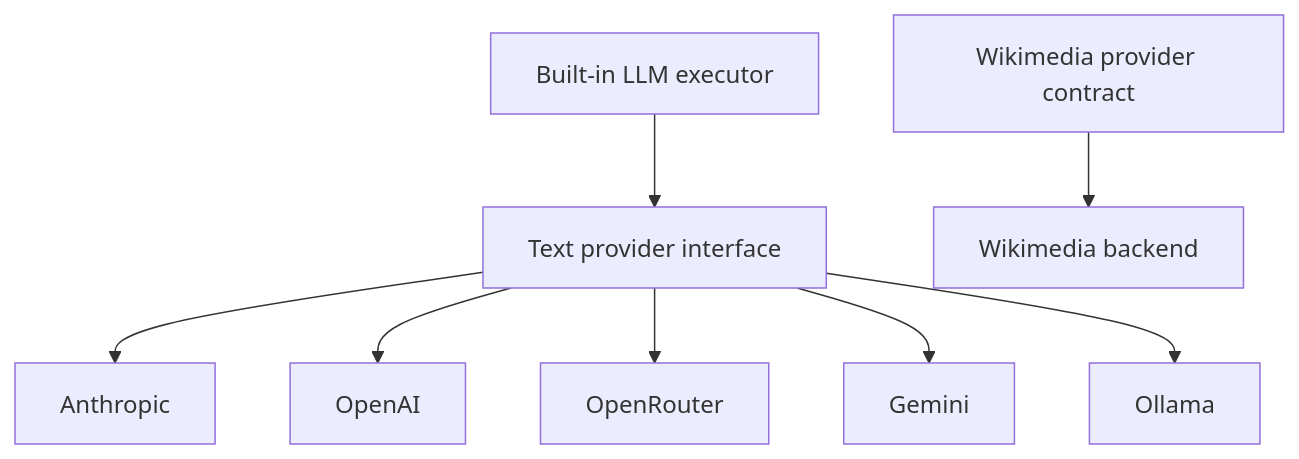
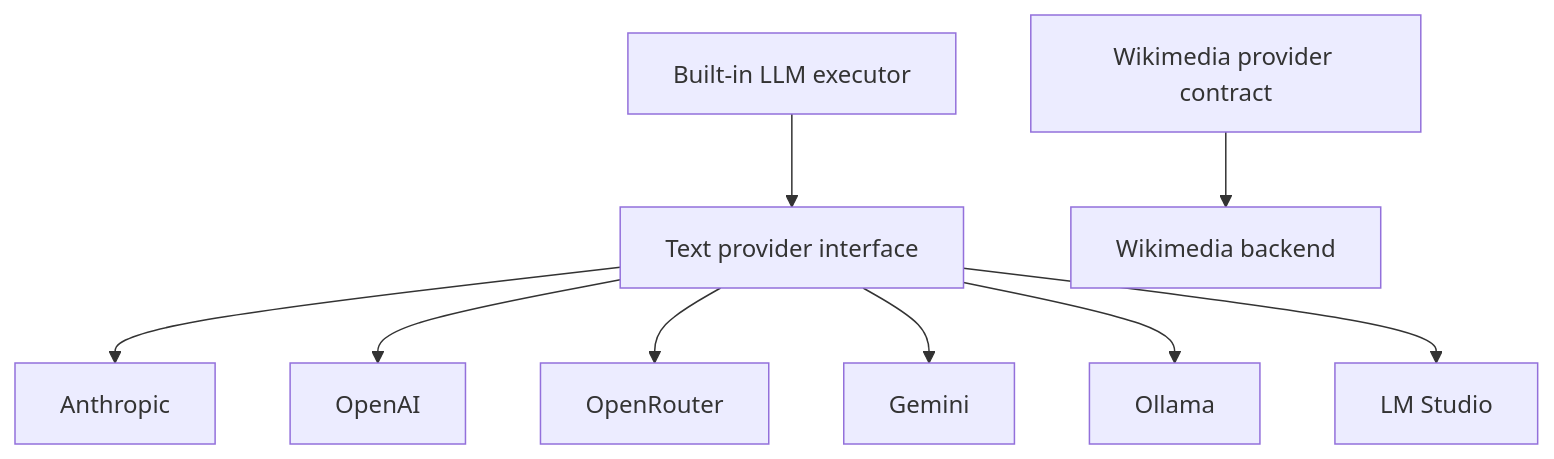
The first of 2 diagrams in docs/architecture/llm-providers.md (wikimediairan/Perseus), drawn with Mermaid before and after one commit. The commit also changed other lines of this file and 9 other files, not shown here.

````diff
--- a/docs/architecture/llm-providers.md
+++ b/docs/architecture/llm-providers.md
@@ -11,11 +11,12 @@
 ```mermaid
 flowchart TB
     Exec[Built-in LLM executor] --> TIFace[Text provider interface]
     TIFace --> P1[Anthropic]
     TIFace --> P2[OpenAI]
     TIFace --> P3[OpenRouter]
     TIFace --> P4[Gemini]
     TIFace --> P5[Ollama]
+    TIFace --> P6[LM Studio]
 
     WIFace[Wikimedia provider contract] --> WP[Wikimedia backend]
 ```
````
